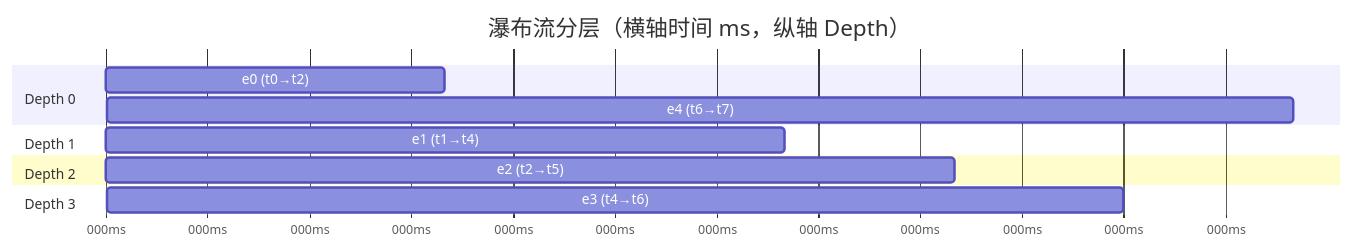
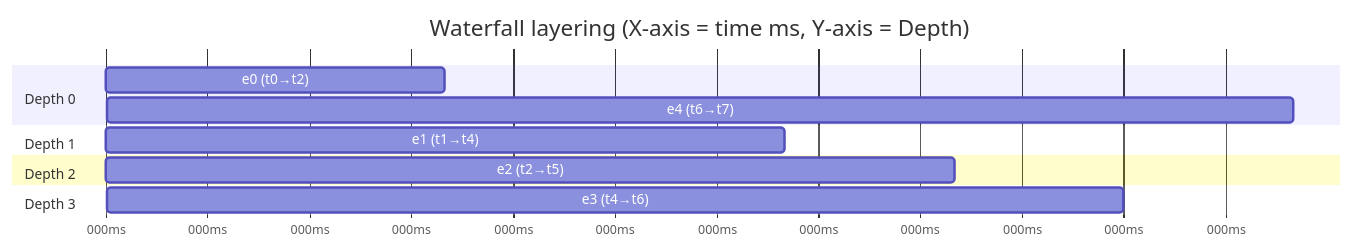
The first of 5 diagrams in website/zh/internals/waterfall.md (hitechcloud-vietnam/har-skills), drawn with Mermaid before and after one commit. The commit also changed other lines of this file and 97 other files, not shown here.

````diff
--- a/website/zh/internals/waterfall.md
+++ b/website/zh/internals/waterfall.md
@@ -69,15 +74,15 @@
 ```mermaid
 gantt
-  title 瀑布流分层（横轴时间 ms，纵轴 Depth）
+  title Waterfall layering (X-axis = time ms, Y-axis = Depth)
   dateFormat X
   axisFormat %Lms
   section Depth 0
   e0 (t0→t2) :0, 200
   e4 (t6→t7) :0, 600, 700
   section Depth 1
   e1 (t1→t4) :1, 100, 400
   section Depth 2
   e2 (t2→t5) :2, 200, 500
   section Depth 3
   e3 (t4→t6) :3, 400, 600
 ```
````
